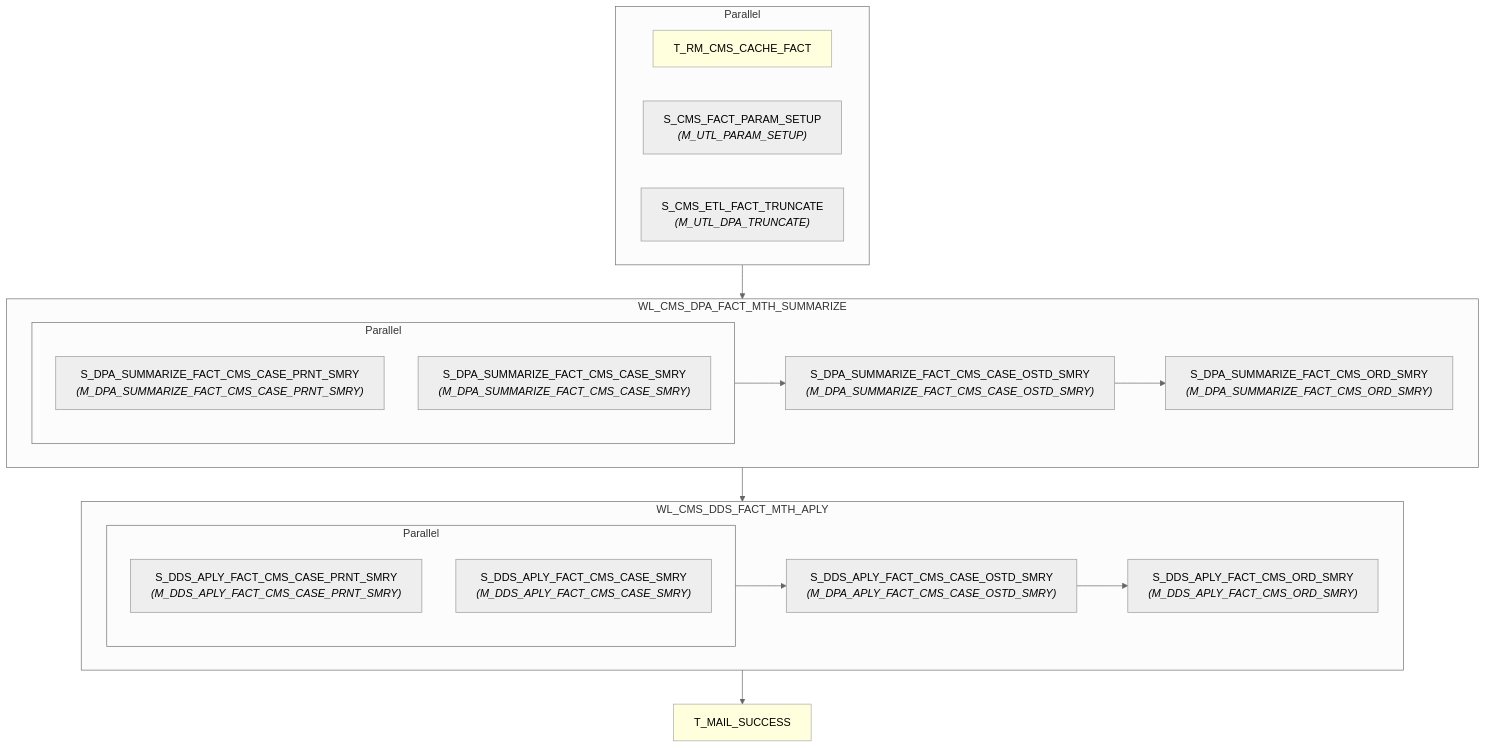
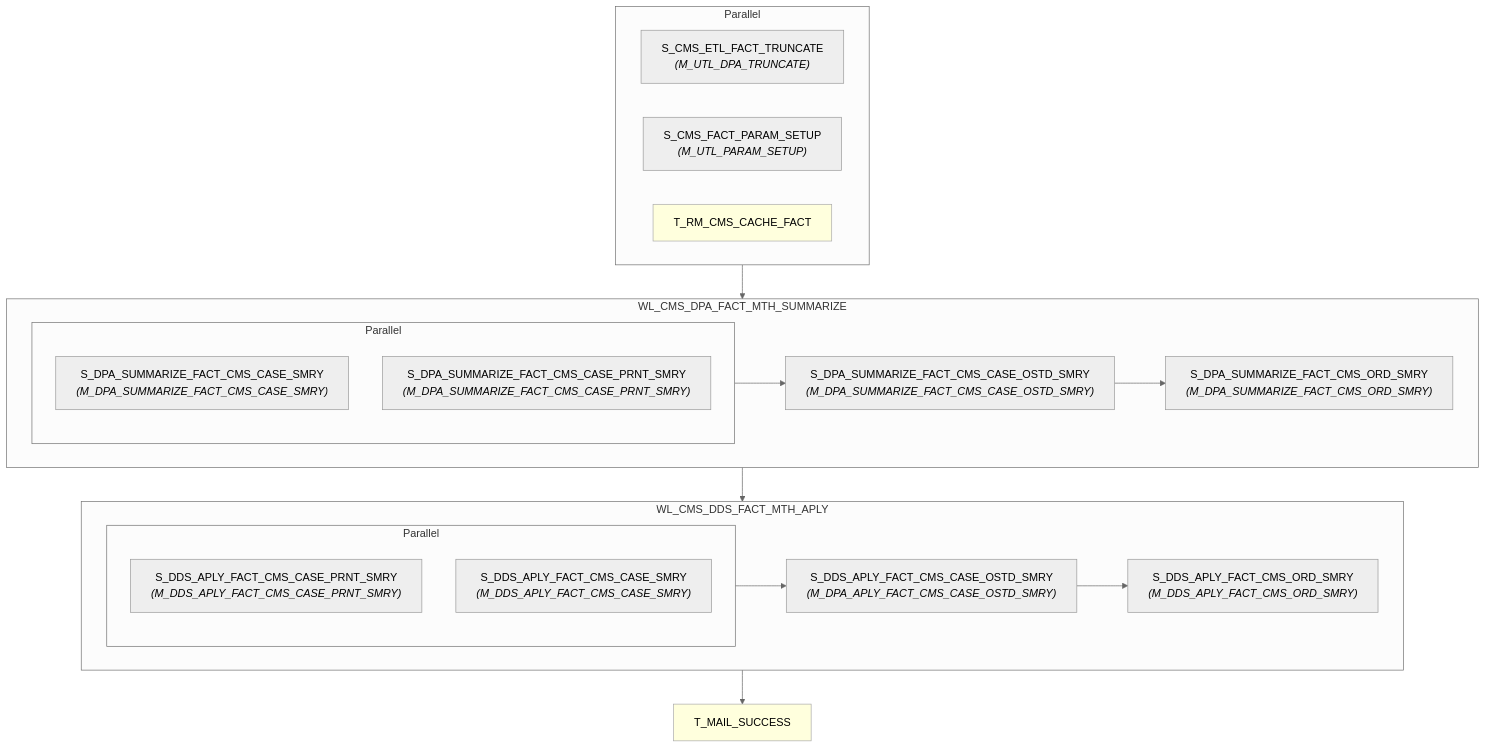
Before and after one commit to asl-adamxu/informatica-sparker-poc: the diagram in informatica/PowerCenter_workflows/dds/WF_CMS_DDS_APLY_MTH_SPARK/wf_cms_dds_aply_mth.md, drawn with Mermaid (neutral theme). The commit also changed 20 other files, not shown here.

````diff
--- a/informatica/PowerCenter_workflows/dds/WF_CMS_DDS_APLY_MTH_SPARK/wf_cms_dds_aply_mth.md
+++ b/informatica/PowerCenter_workflows/dds/WF_CMS_DDS_APLY_MTH_SPARK/wf_cms_dds_aply_mth.md
@@ -7,41 +7,41 @@
 ```mermaid
 flowchart TD
-    n1["T_RM_CMS_CACHE_FACT"]
-    style n1 fill:#ffd,stroke:#aaa,stroke-width:1px
+    n1["S_CMS_ETL_FACT_TRUNCATE<br/><i>(M_UTL_DPA_TRUNCATE)</i>"]
     n2["S_CMS_FACT_PARAM_SETUP<br/><i>(M_UTL_PARAM_SETUP)</i>"]
-    n3["S_CMS_ETL_FACT_TRUNCATE<br/><i>(M_UTL_DPA_TRUNCATE)</i>"]
+    n3["T_RM_CMS_CACHE_FACT"]
+    style n3 fill:#ffd,stroke:#aaa,stroke-width:1px
     subgraph pg4[Parallel]
         n1
         n2
         n3
     end
     subgraph wkl5["WL_CMS_DPA_FACT_MTH_SUMMARIZE"]
-    n6["S_DPA_SUMMARIZE_FACT_CMS_CASE_PRNT_SMRY<br/><i>(M_DPA_SUMMARIZE_FACT_CMS_CASE_PRNT_SMRY)</i>"]
-    n7["S_DPA_SUMMARIZE_FACT_CMS_CASE_SMRY<br/><i>(M_DPA_SUMMARIZE_FACT_CMS_CASE_SMRY)</i>"]
+    n6["S_DPA_SUMMARIZE_FACT_CMS_CASE_SMRY<br/><i>(M_DPA_SUMMARIZE_FACT_CMS_CASE_SMRY)</i>"]
+    n7["S_DPA_SUMMARIZE_FACT_CMS_CASE_PRNT_SMRY<br/><i>(M_DPA_SUMMARIZE_FACT_CMS_CASE_PRNT_SMRY)</i>"]
     subgraph pg8[Parallel]
         n6
         n7
     end
     n9["S_DPA_SUMMARIZE_FACT_CMS_CASE_OSTD_SMRY<br/><i>(M_DPA_SUMMARIZE_FACT_CMS_CASE_OSTD_SMRY)</i>"]
     n10["S_DPA_SUMMARIZE_FACT_CMS_ORD_SMRY<br/><i>(M_DPA_SUMMARIZE_FACT_CMS_ORD_SMRY)</i>"]
         pg8 --> n9
         n9 --> n10
     end
     subgraph wkl11["WL_CMS_DDS_FACT_MTH_APLY"]
     n12["S_DDS_APLY_FACT_CMS_CASE_PRNT_SMRY<br/><i>(M_DDS_APLY_FACT_CMS_CASE_PRNT_SMRY)</i>"]
     n13["S_DDS_APLY_FACT_CMS_CASE_SMRY<br/><i>(M_DDS_APLY_FACT_CMS_CASE_SMRY)</i>"]
     subgraph pg14[Parallel]
         n12
         n13
     end
     n15["S_DDS_APLY_FACT_CMS_CASE_OSTD_SMRY<br/><i>(M_DPA_APLY_FACT_CMS_CASE_OSTD_SMRY)</i>"]
     n16["S_DDS_APLY_FACT_CMS_ORD_SMRY<br/><i>(M_DDS_APLY_FACT_CMS_ORD_SMRY)</i>"]
         pg14 --> n15
         n15 --> n16
     end
     n17["T_MAIL_SUCCESS"]
     style n17 fill:#ffd,stroke:#aaa,stroke-width:1px
     pg4 --> wkl5
     wkl5 --> wkl11
     wkl11 --> n17
 ```
````
